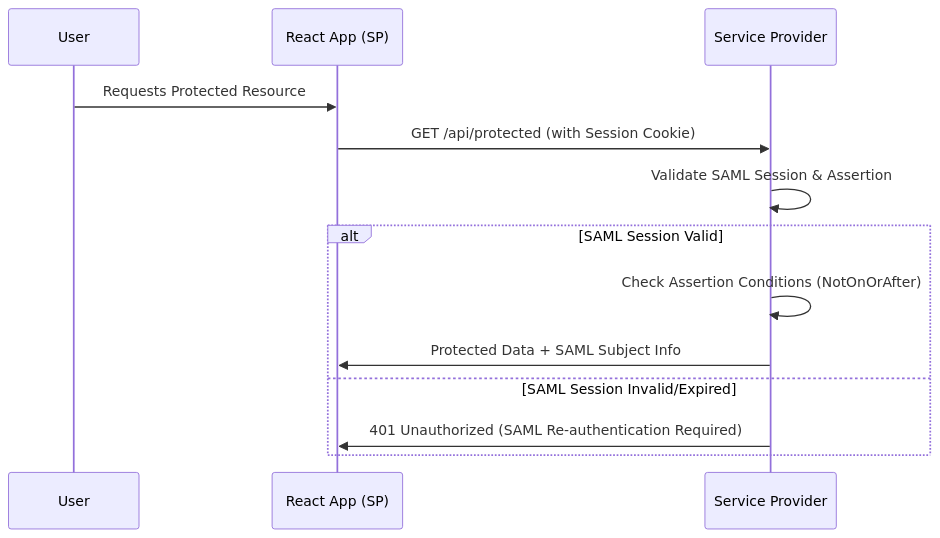
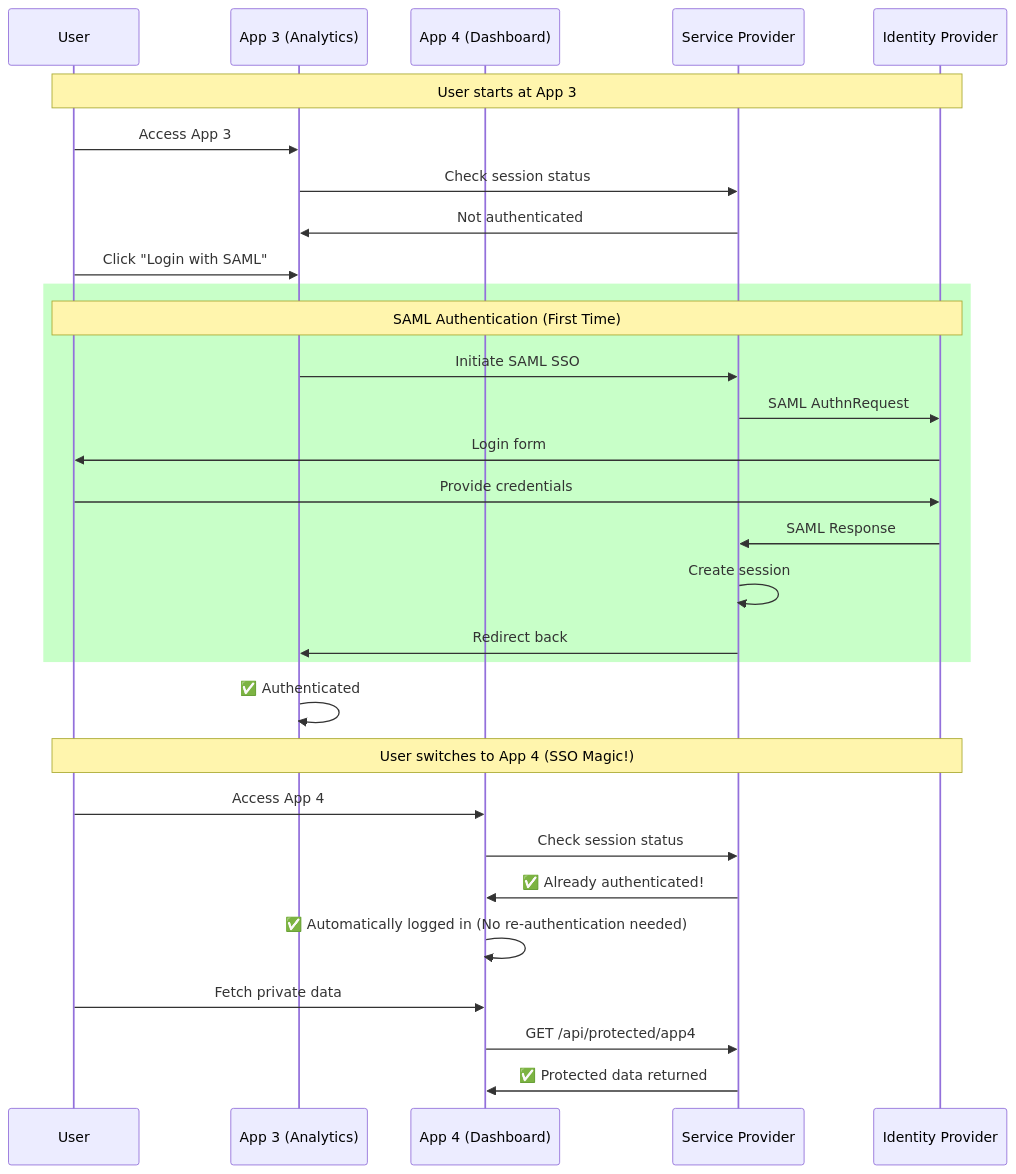
The sixth of 8 diagrams in readme.md (chungminhtu/oauth2-mini-demo), drawn with Mermaid before and after one commit. The commit also changed other lines of this file, not shown here.

````diff
--- a/readme.md
+++ b/readme.md
@@ -164,16 +191,37 @@
 ```mermaid
 sequenceDiagram
     participant User
-    participant ReactApp as React App (SP)
-    participant ServiceProvider as Service Provider
+    participant App3 as App 3 (Analytics)
+    participant App4 as App 4 (Dashboard)
+    participant SP as Service Provider
+    participant IdP as Identity Provider
 
-    User->>ReactApp: Requests Protected Resource
-    ReactApp->>ServiceProvider: GET /api/protected (with Session Cookie)
-    ServiceProvider->>ServiceProvider: Validate SAML Session & Assertion
-    alt SAML Session Valid
-        ServiceProvider->>ServiceProvider: Check Assertion Conditions (NotOnOrAfter)
-        ServiceProvider->>ReactApp: Protected Data + SAML Subject Info
-    else SAML Session Invalid/Expired
-        ServiceProvider->>ReactApp: 401 Unauthorized (SAML Re-authentication Required)
+    Note over User,IdP: User starts at App 3
+    User->>App3: Access App 3
+    App3->>SP: Check session status
+    SP->>App3: Not authenticated
+    User->>App3: Click "Login with SAML"
+    
+    rect rgb(200, 255, 200)
+        Note over User,IdP: SAML Authentication (First Time)
+        App3->>SP: Initiate SAML SSO
+        SP->>IdP: SAML AuthnRequest
+        IdP->>User: Login form
+        User->>IdP: Provide credentials
+        IdP->>SP: SAML Response
+        SP->>SP: Create session
+        SP->>App3: Redirect back
     end
+    
+    App3->>App3: ✅ Authenticated
+    
+    Note over User,IdP: User switches to App 4 (SSO Magic!)
+    User->>App4: Access App 4
+    App4->>SP: Check session status
+    SP->>App4: ✅ Already authenticated!
+    App4->>App4: ✅ Automatically logged in (No re-authentication needed)
+    
+    User->>App4: Fetch private data
+    App4->>SP: GET /api/protected/app4
+    SP->>App4: ✅ Protected data returned
 ```
````
